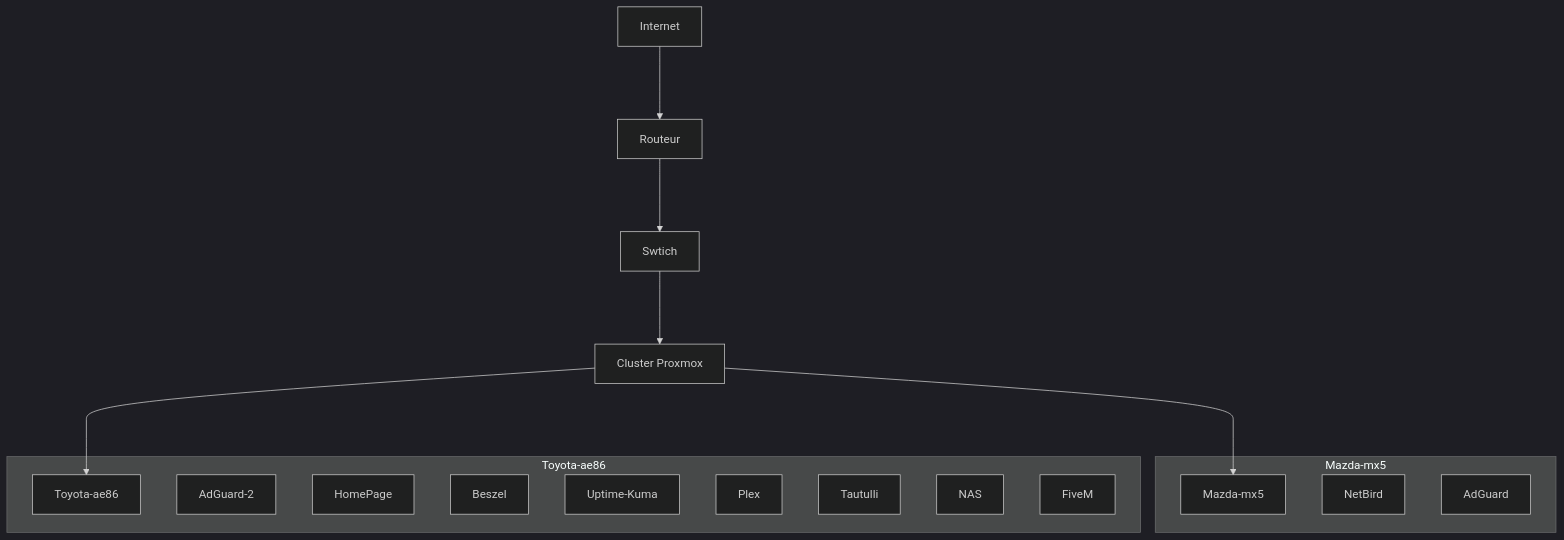
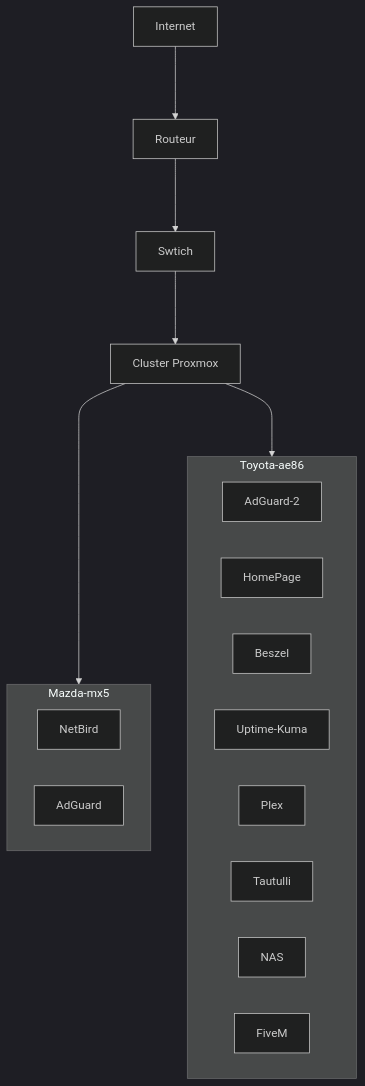
The diagram in README.md (snoyy-i/snoyy-i), drawn with Mermaid (dark theme) before and after one commit.

````diff
--- a/README.md
+++ b/README.md
@@ -2,33 +2,31 @@
 ```mermaid
 graph TD
      A[Internet]
      B[Routeur]
      C[Swtich]
      D[Cluster Proxmox]
      E[Mazda-mx5]
      F[Toyota-ae86]
 
-subgraph Mazda-mx5
-     E[Mazda-mx5]
+subgraph E[Mazda-mx5]
      G[NetBird]
      H[AdGuard]
 end
 
-subgraph Toyota-ae86
-     F[Toyota-ae86]
+subgraph F[Toyota-ae86]
      I[AdGuard-2]
      J[HomePage]
      K[Beszel]
      L[Uptime-Kuma]
      M[Plex]
      N[Tautulli]
      O[NAS]
      P[FiveM]
 end
 
      A--->B
      B--->C
      C--->D
      D--->E
      D--->F
 ```
````
